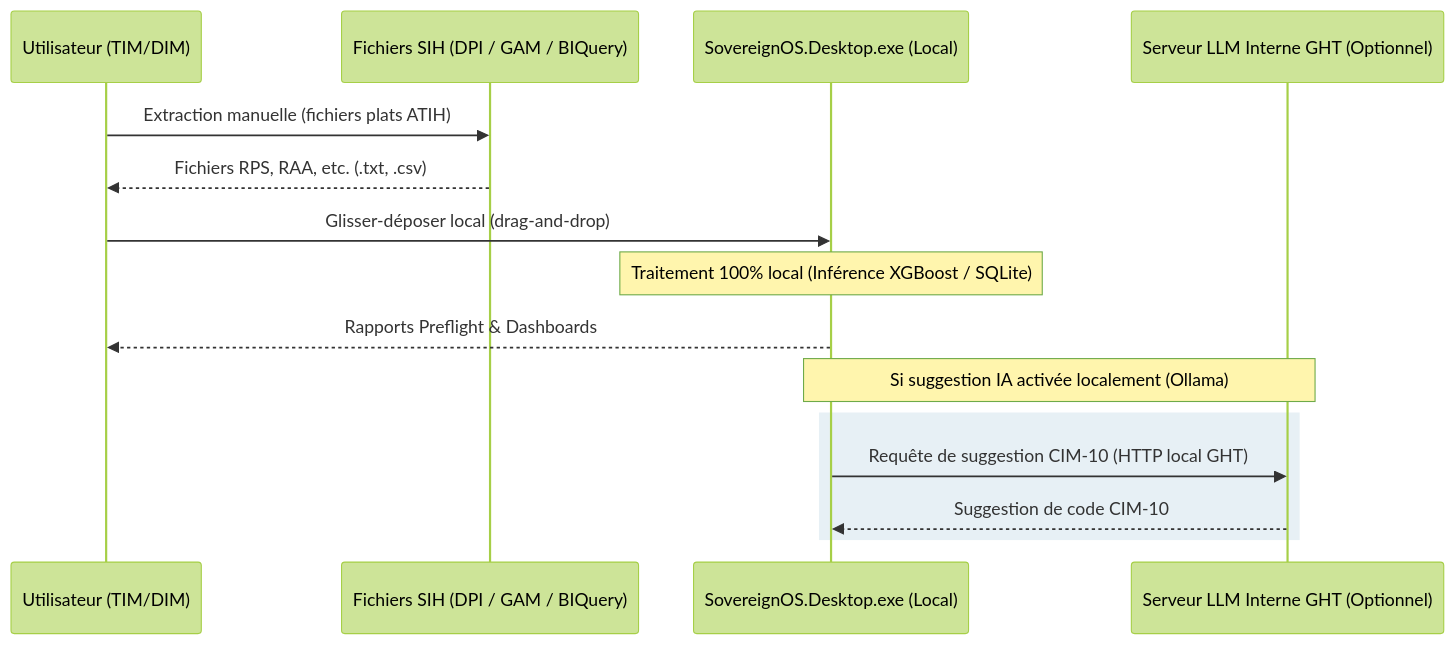
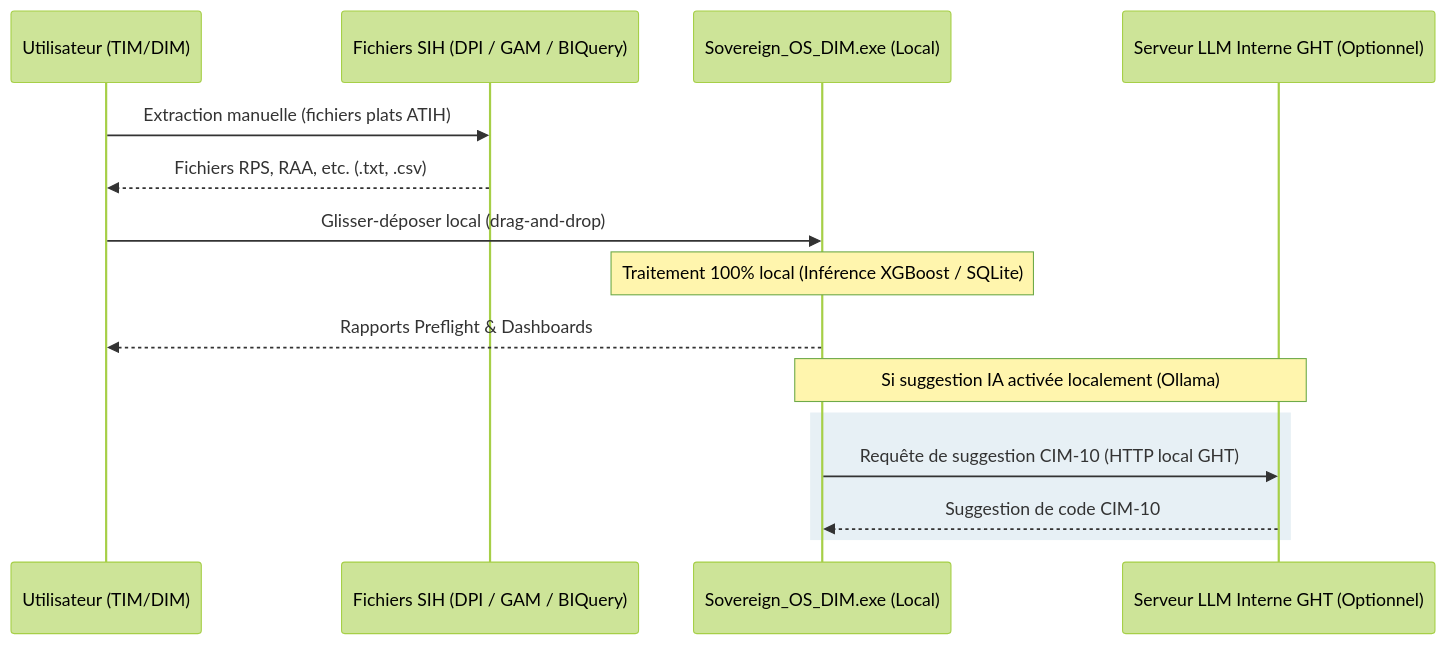
Before and after one commit to Adam-Blf/sovereign_os_dim: the second of 2 diagrams in docs/documentation_securite_dsi.md, drawn with Mermaid (forest theme). The commit also changed other lines of this file and 42 other files, not shown here.

````diff
--- a/docs/documentation_securite_dsi.md
+++ b/docs/documentation_securite_dsi.md
@@ -93,18 +93,18 @@
 ```mermaid
 sequenceDiagram
     participant Utilisateur as Utilisateur (TIM/DIM)
     participant DPI as Fichiers SIH (DPI / GAM / BIQuery)
-    participant App as SovereignOS.Desktop.exe (Local)
+    participant App as Sovereign_OS_DIM.exe (Local)
     participant LLM as Serveur LLM Interne GHT (Optionnel)
 
     Utilisateur->>DPI: Extraction manuelle (fichiers plats ATIH)
     DPI-->>Utilisateur: Fichiers RPS, RAA, etc. (.txt, .csv)
     Utilisateur->>App: Glisser-déposer local (drag-and-drop)
     Note over App: Traitement 100% local (Inférence XGBoost / SQLite)
     App-->>Utilisateur: Rapports Preflight & Dashboards
     Note over App, LLM: Si suggestion IA activée localement (Ollama)
     rect rgb(231, 240, 245)
         App->>LLM: Requête de suggestion CIM-10 (HTTP local GHT)
         LLM-->>App: Suggestion de code CIM-10
     end
 ```
````
